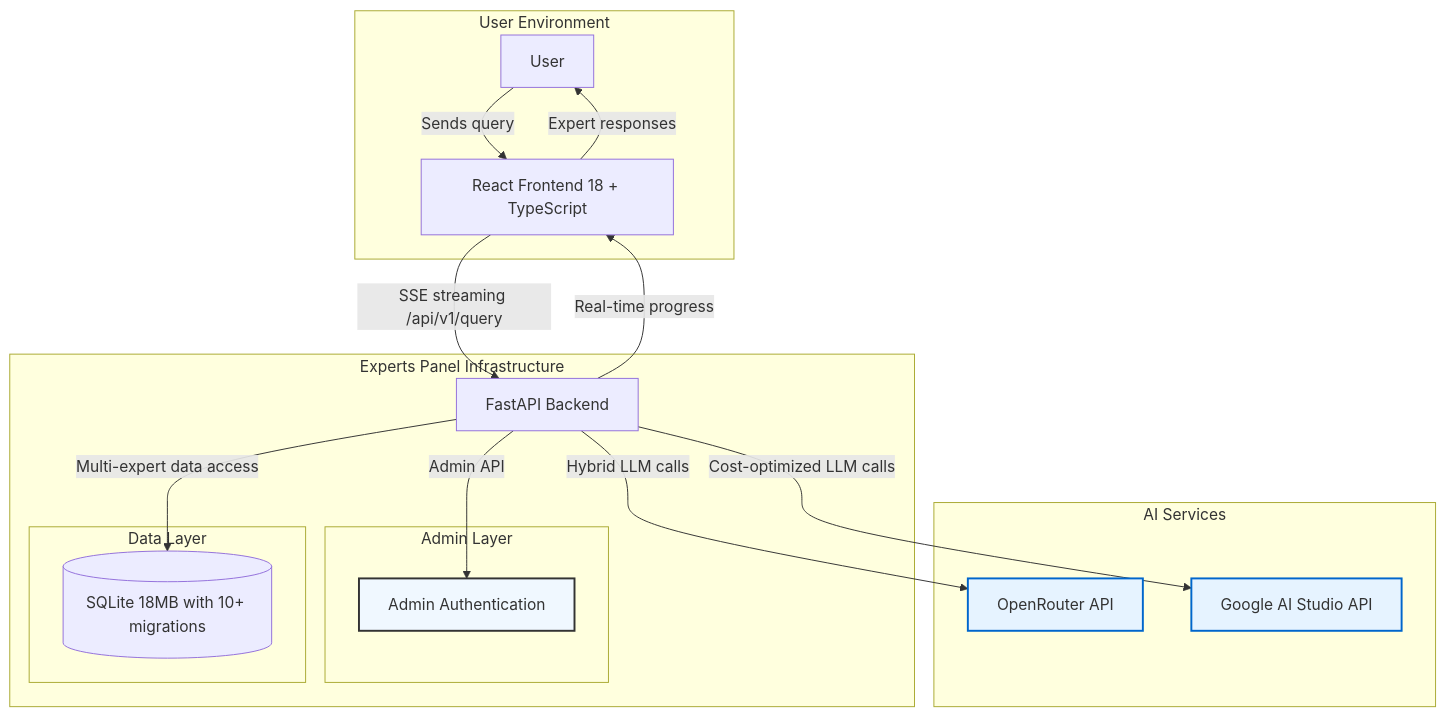
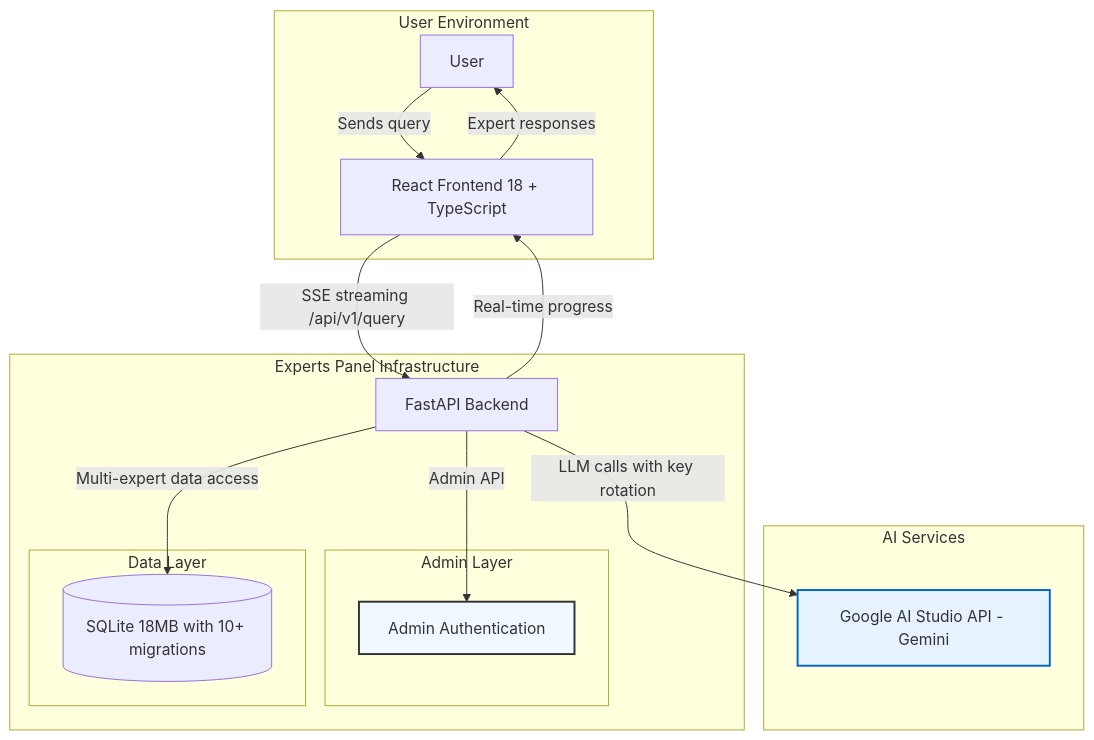
One commit to shao3d/Experts_panel changed the first of 3 diagrams in README.md. Above: the diagram before and after it, drawn with Mermaid. The commit also changed other lines of this file and 12 other files, not shown here.

First line of the commit message:
docs: sync documentation and code comments with Gemini-only architecture

````diff
--- a/README.md
+++ b/README.md
@@ -21,36 +21,34 @@
 ```mermaid
 graph TD
     subgraph "User Environment"
         User[User]
         Frontend[React Frontend 18 + TypeScript]
     end
 
     subgraph "Experts Panel Infrastructure"
         Backend[FastAPI Backend]
         subgraph "Admin Layer"
             Admin[Admin Authentication]
         end
         subgraph "Data Layer"
             DB[(SQLite 18MB with 10+ migrations)]
         end
     end
 
     subgraph "AI Services"
-        OpenRouter[OpenRouter API]
-        GoogleAI[Google AI Studio API]
+        GoogleAI[Google AI Studio API - Gemini]
     end
 
     User -- "Sends query" --> Frontend
     Frontend -- "SSE streaming /api/v1/query" --> Backend
     Backend -- "Admin API" --> Admin
-    Backend -- "Hybrid LLM calls" --> OpenRouter
-    Backend -- "Cost-optimized LLM calls" --> GoogleAI
+    Backend -- "LLM calls with key rotation" --> GoogleAI
     Backend -- "Multi-expert data access" --> DB
     Backend -- "Real-time progress" --> Frontend
     Frontend -- "Expert responses" --> User
 
     classDef ai_service fill:#e6f3ff,stroke:#0066cc,stroke-width:2px
     classDef admin_service fill:#f0f8ff,stroke:#333,stroke-width:2px
-    class OpenRouter,GoogleAI ai_service
+    class GoogleAI ai_service
     class Admin admin_service
 ```
````
